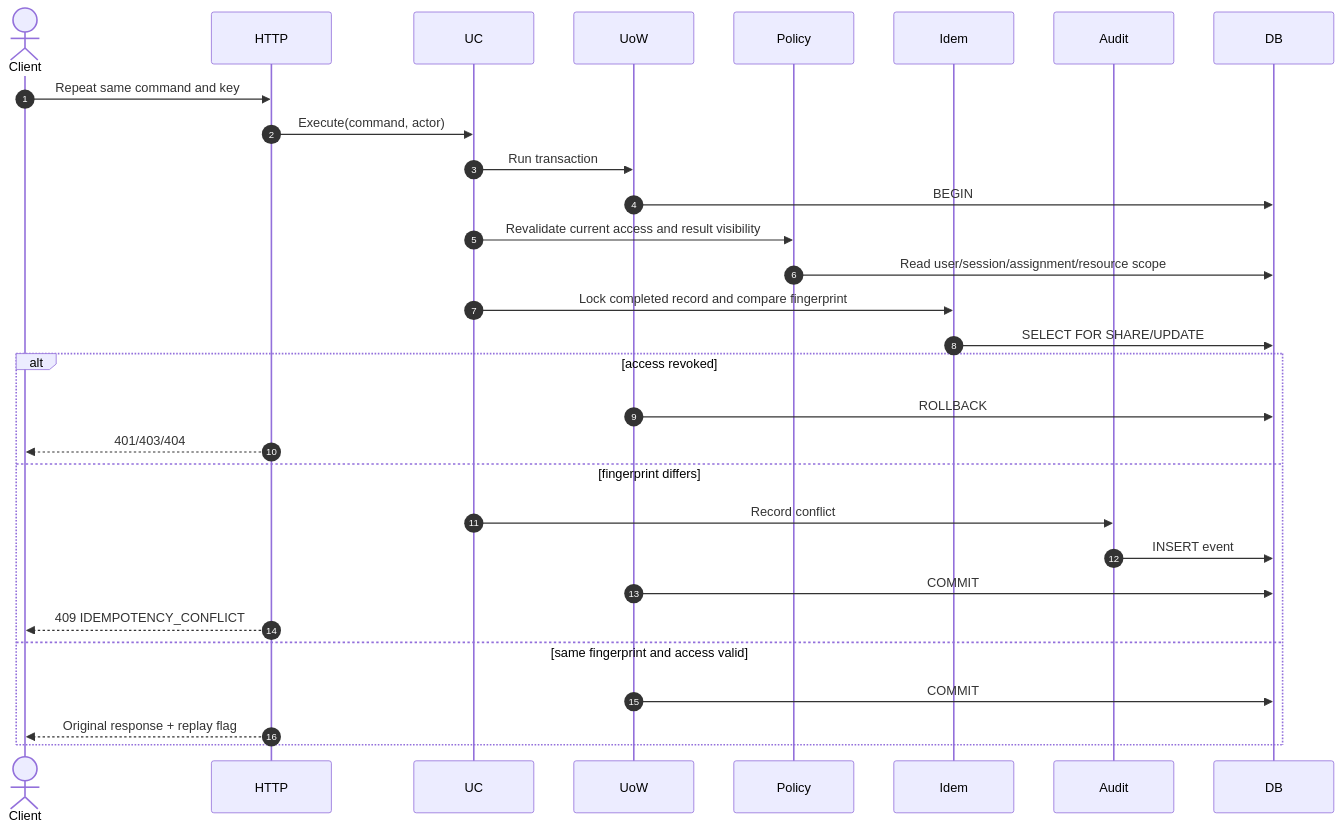
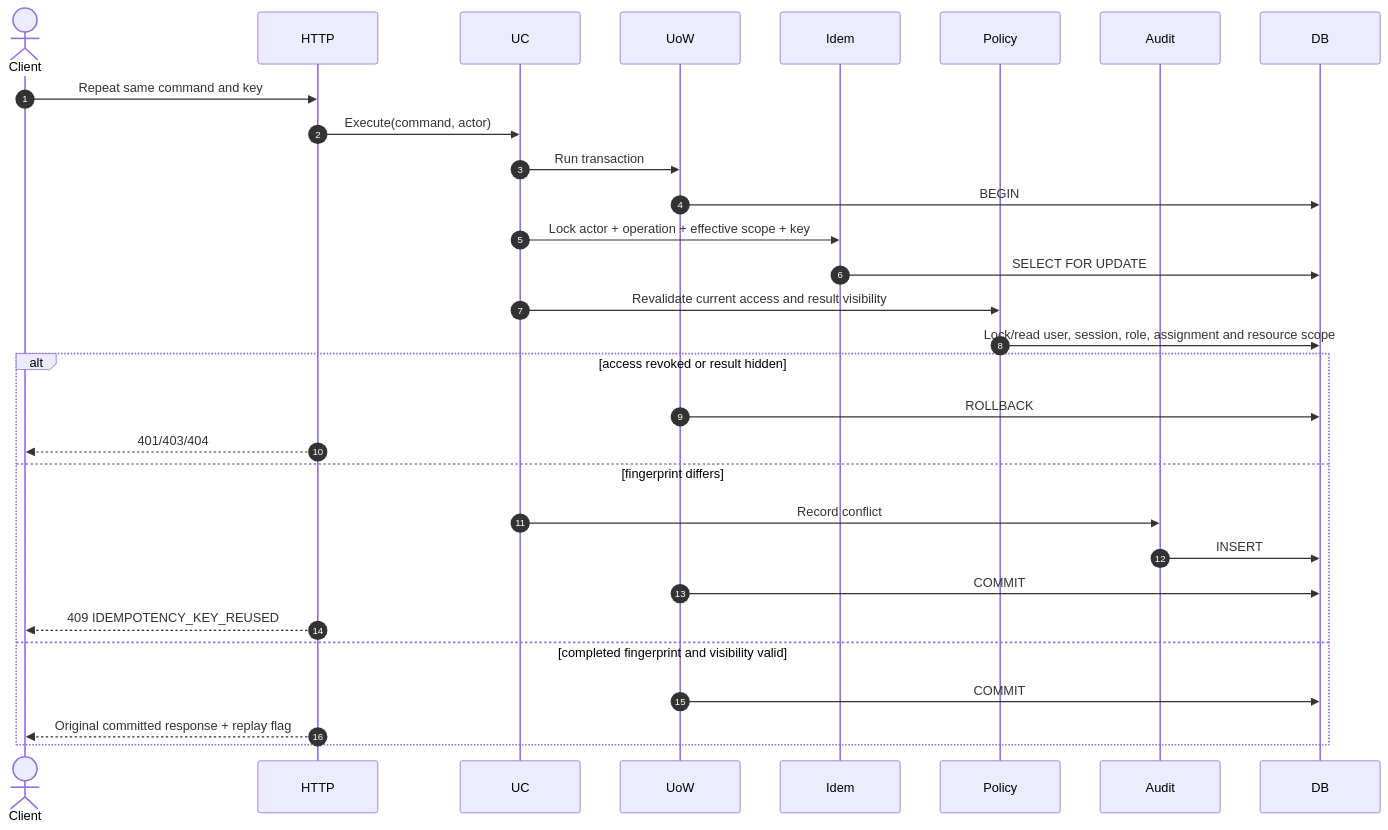
Before and after one commit to GulovM/PharmacyCRM: diagram 16 of 19 in docs/10-sequence-diagrams.md, drawn with Mermaid. The commit also changed other lines of this file and 13 other files, not shown here.

````diff
--- a/docs/10-sequence-diagrams.md
+++ b/docs/10-sequence-diagrams.md
@@ -731,33 +773,33 @@
 ```mermaid
 sequenceDiagram
     autonumber
     actor Client
     participant HTTP
     participant UC
     participant UoW
+    participant Idem
     participant Policy
-    participant Idem
     participant Audit
     participant DB
 
     Client->>HTTP: Repeat same command and key
     HTTP->>UC: Execute(command, actor)
     UC->>UoW: Run transaction
     UoW->>DB: BEGIN
+    UC->>Idem: Lock actor + operation + effective scope + key
+    Idem->>DB: SELECT FOR UPDATE
     UC->>Policy: Revalidate current access and result visibility
-    Policy->>DB: Read user/session/assignment/resource scope
-    UC->>Idem: Lock completed record and compare fingerprint
-    Idem->>DB: SELECT FOR SHARE/UPDATE
-    alt access revoked
+    Policy->>DB: Lock/read user, session, role, assignment and resource scope
+    alt access revoked or result hidden
         UoW->>DB: ROLLBACK
         HTTP-->>Client: 401/403/404
     else fingerprint differs
         UC->>Audit: Record conflict
-        Audit->>DB: INSERT event
+        Audit->>DB: INSERT
         UoW->>DB: COMMIT
-        HTTP-->>Client: 409 IDEMPOTENCY_CONFLICT
-    else same fingerprint and access valid
+        HTTP-->>Client: 409 IDEMPOTENCY_KEY_REUSED
+    else completed fingerprint and visibility valid
         UoW->>DB: COMMIT
-        HTTP-->>Client: Original response + replay flag
+        HTTP-->>Client: Original committed response + replay flag
     end
 ```
````
